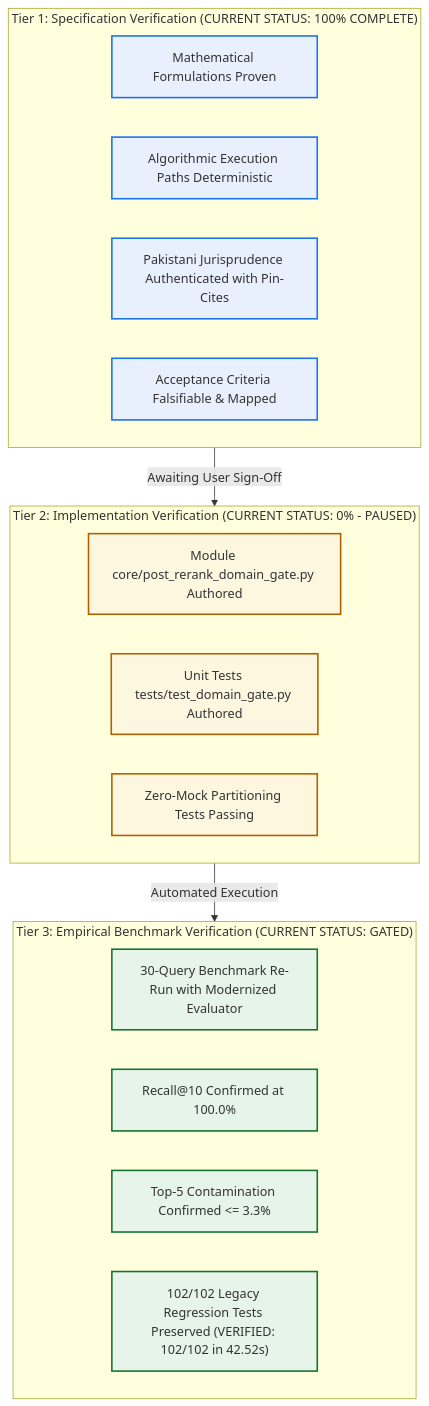
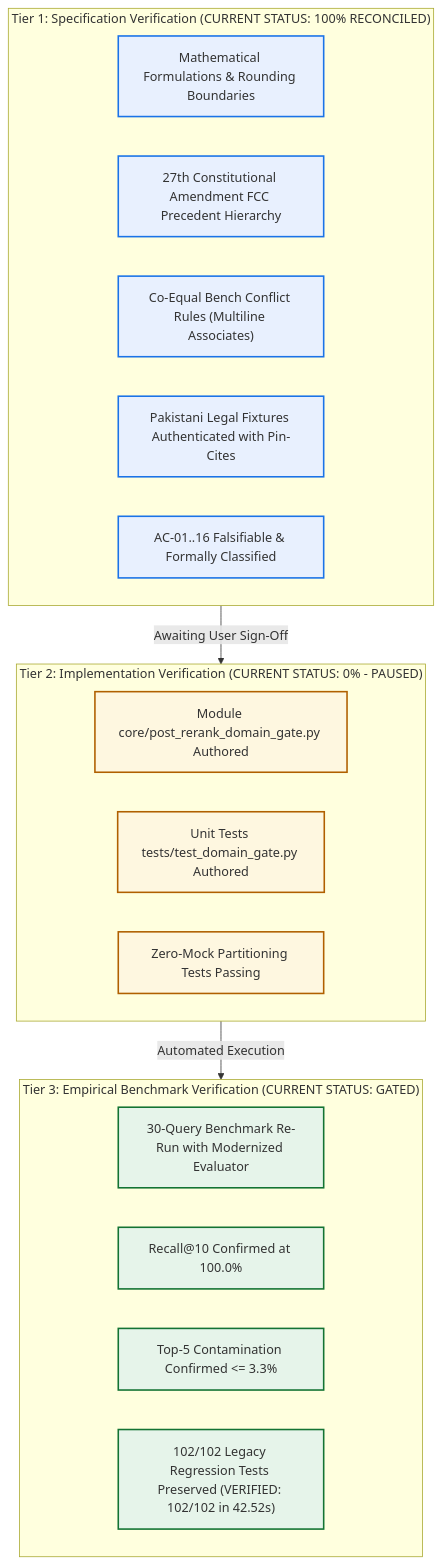
The first of 2 diagrams in PHASE4_STEP5_FINAL_VERIFICATION_AUDIT.md (abdulkabeerkhan-dev/lawyer-Backend), drawn with Mermaid before and after one commit. The commit also changed other lines of this file, not shown here.

Commit message:
docs(audit): reconcile final verification audit v1.2.0 with 27th Amendment hierarchy and authenticated fixtures

````diff
--- a/PHASE4_STEP5_FINAL_VERIFICATION_AUDIT.md
+++ b/PHASE4_STEP5_FINAL_VERIFICATION_AUDIT.md
@@ -18,32 +18,33 @@
 ```mermaid
 flowchart TD
-    subgraph T1["Tier 1: Specification Verification (CURRENT STATUS: 100% COMPLETE)"]
-        S1["Mathematical Formulations Proven"]
-        S2["Algorithmic Execution Paths Deterministic"]
-        S3["Pakistani Jurisprudence Authenticated with Pin-Cites"]
-        S4["Acceptance Criteria Falsifiable & Mapped"]
+    subgraph T1["Tier 1: Specification Verification (CURRENT STATUS: 100% RECONCILED)"]
+        S1["Mathematical Formulations & Rounding Boundaries"]
+        S2["27th Constitutional Amendment FCC Precedent Hierarchy"]
+        S3["Co-Equal Bench Conflict Rules (Multiline Associates)"]
+        S4["Pakistani Legal Fixtures Authenticated with Pin-Cites"]
+        S5["AC-01..16 Falsifiable & Formally Classified"]
     end
 
     subgraph T2["Tier 2: Implementation Verification (CURRENT STATUS: 0% - PAUSED)"]
         I1["Module core/post_rerank_domain_gate.py Authored"]
         I2["Unit Tests tests/test_domain_gate.py Authored"]
         I3["Zero-Mock Partitioning Tests Passing"]
     end
 
     subgraph T3["Tier 3: Empirical Benchmark Verification (CURRENT STATUS: GATED)"]
         E1["30-Query Benchmark Re-Run with Modernized Evaluator"]
         E2["Recall@10 Confirmed at 100.0%"]
         E3["Top-5 Contamination Confirmed <= 3.3%"]
         E4["102/102 Legacy Regression Tests Preserved (VERIFIED: 102/102 in 42.52s)"]
     end
 
     T1 -->|Awaiting User Sign-Off| T2
     T2 -->|Automated Execution| T3
 
     classDef t1 fill:#e8f0fe,stroke:#1a73e8,stroke-width:2px;
     classDef t2 fill:#fef7e0,stroke:#b06000,stroke-width:2px;
     classDef t3 fill:#e6f4ea,stroke:#137333,stroke-width:2px;
-    class S1,S2,S3,S4 t1;
+    class S1,S2,S3,S4,S5 t1;
     class I1,I2,I3 t2;
     class E1,E2,E3,E4 t3;
 ```
````
